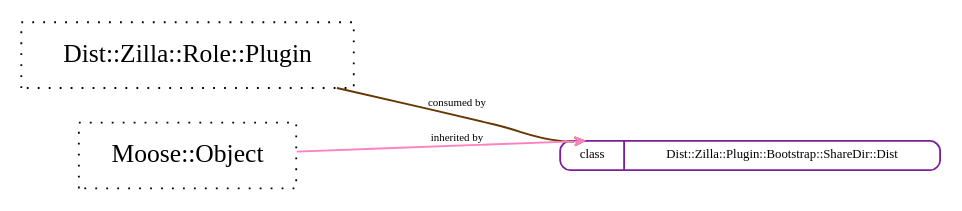
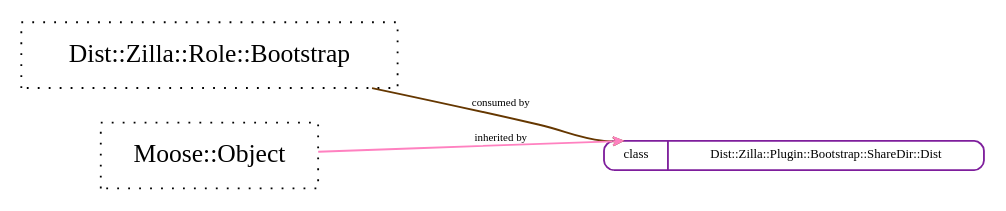
One commit to kentfredric/Dist-Zilla-Plugin-Bootstrap-ShareDir-Dist changed the diagram in layout/self_structure.dot. Above: the diagram before and after it, drawn with Graphviz. The commit also changed 1 other file, not shown here.

Commit message:
Update graph

```diff
--- a/layout/self_structure.dot
+++ b/layout/self_structure.dot
@@ -1,10 +1,10 @@
 strict digraph Perl {
 	graph [compound=1, concentrate=1, overlap=false, rankdir=LR, ranksep=1, smoothing=triangle, splines=spline];
 	node [label="\N", shape=record, style=dotted];
 	edge [minlen=1];
 	"Dist::Zilla::Plugin::Bootstrap::ShareDir::Dist" [label="{{<port1> class}|<port2> Dist::Zilla::Plugin::Bootstrap::ShareDir::Dist}", shape=Mrecord, style=solid, color="#7e1e9c", fontsize=7, height="0.1"];
-	"Dist::Zilla::Role::Plugin" [label="<port1> Dist::Zilla::Role::Plugin"];
+	"Dist::Zilla::Role::Bootstrap" [label="<port1> Dist::Zilla::Role::Bootstrap"];
 	"Moose::Object" [label="<port1> Moose::Object"];
 	"Moose::Object" -> "Dist::Zilla::Plugin::Bootstrap::ShareDir::Dist" [arrowhead=open, arrowsize="0.5", color="#ff81c0", dir=forward, fontsize=6, headclip=1, label="inherited by", samehead=head, tailclip=1, weight=10];
-	"Dist::Zilla::Role::Plugin" -> "Dist::Zilla::Plugin::Bootstrap::ShareDir::Dist" [arrowhead=open, arrowsize="0.5", color="#653700", dir=forward, fontsize=6, headclip=1, label="consumed by", samehead=head, tailclip=1, weight=5];
+	"Dist::Zilla::Role::Bootstrap" -> "Dist::Zilla::Plugin::Bootstrap::ShareDir::Dist" [arrowhead=open, arrowsize="0.5", color="#653700", dir=forward, fontsize=6, headclip=1, label="consumed by", samehead=head, tailclip=1, weight=5];
 }
```
